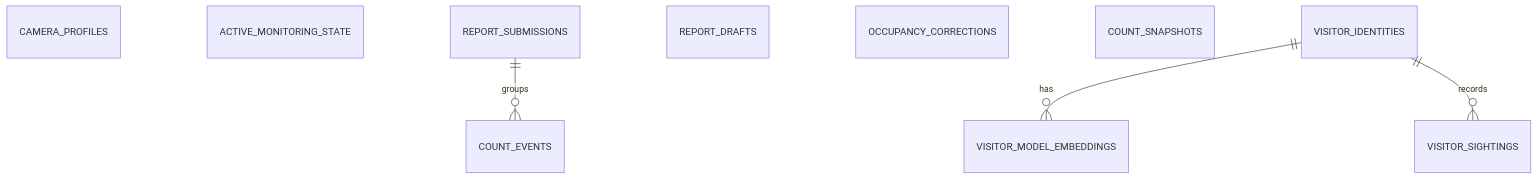
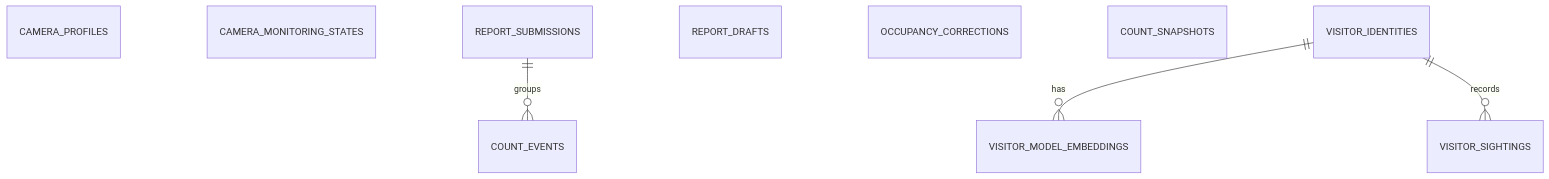
The diagram in desktop-tanaw/README.md (ggervzsss/TANAW), drawn with Mermaid before and after one commit. The commit also changed other lines of this file and 39 other files, not shown here.

Commit message:
Reset TANAW schemas and versions to initial baseline

````diff
--- a/desktop-tanaw/README.md
+++ b/desktop-tanaw/README.md
@@ -330,11 +330,11 @@
 ```mermaid
 erDiagram
     CAMERA_PROFILES
-    ACTIVE_MONITORING_STATE
+    CAMERA_MONITORING_STATES
     REPORT_SUBMISSIONS ||--o{ COUNT_EVENTS : groups
     REPORT_DRAFTS
     OCCUPANCY_CORRECTIONS
     COUNT_SNAPSHOTS
     VISITOR_IDENTITIES ||--o{ VISITOR_MODEL_EMBEDDINGS : has
     VISITOR_IDENTITIES ||--o{ VISITOR_SIGHTINGS : records
 ```
````
